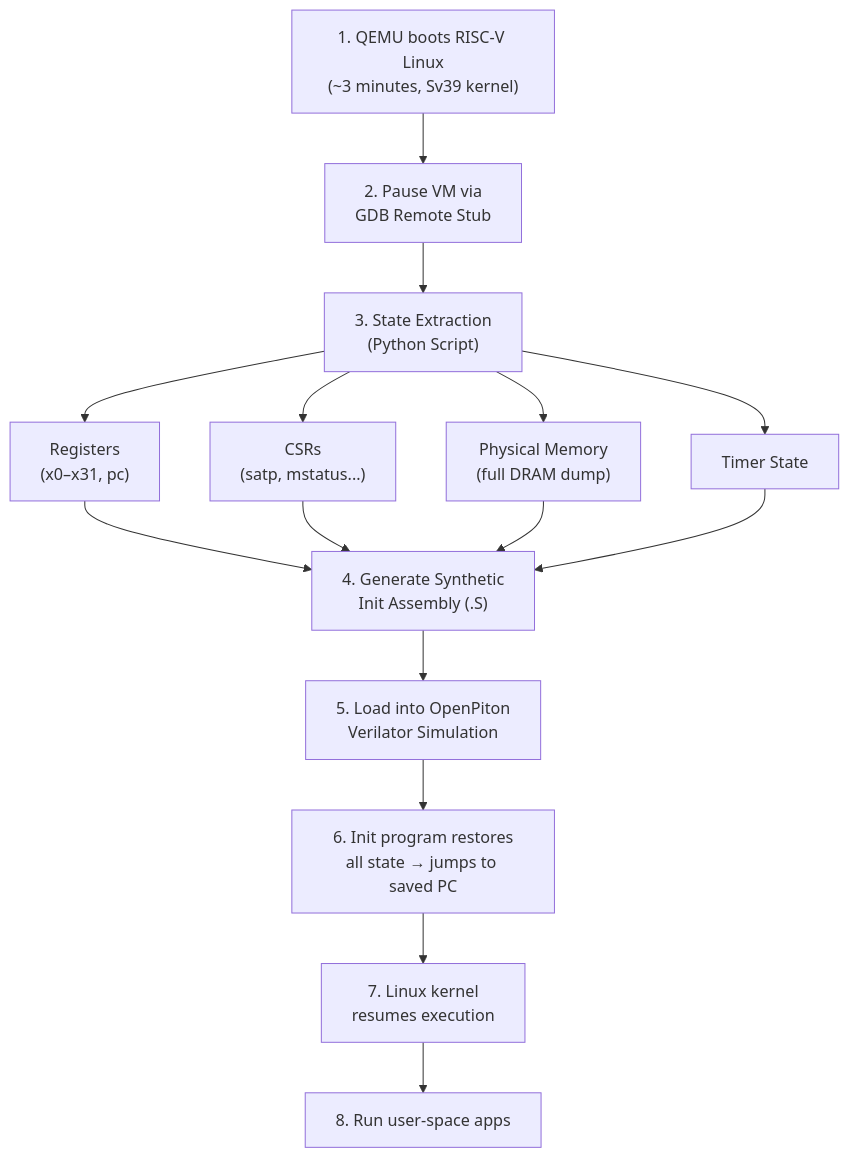
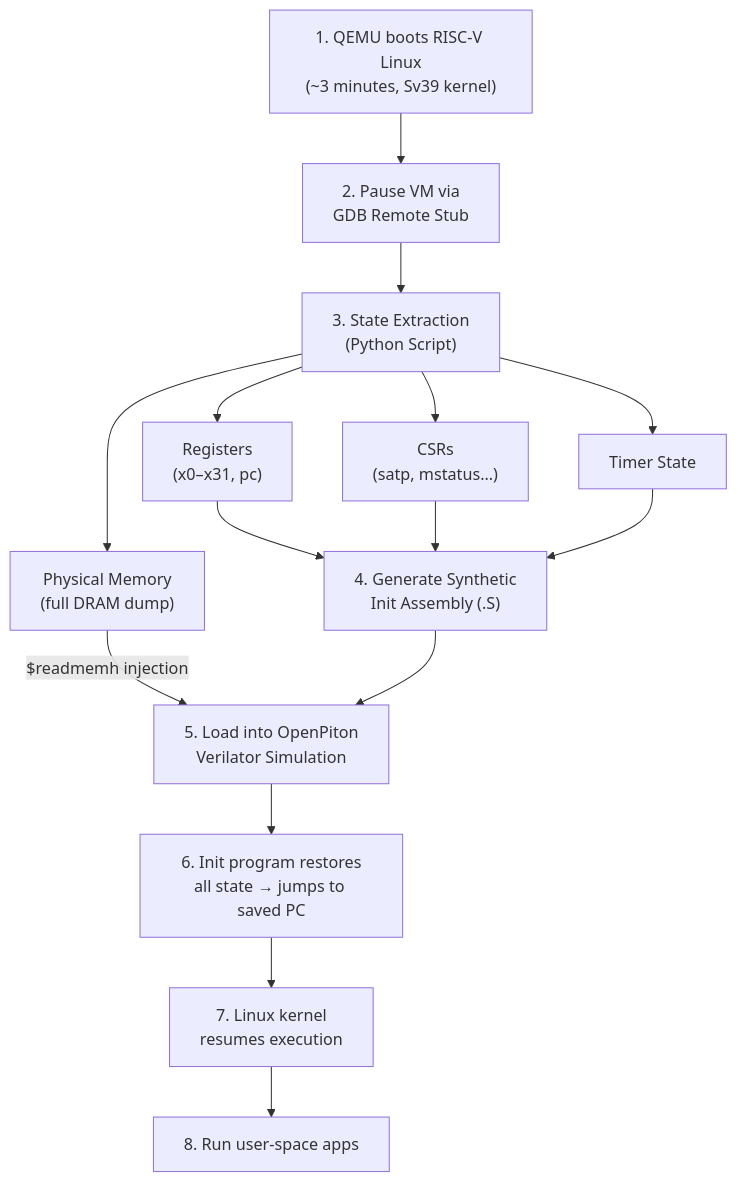
The fourth of 7 diagrams in docs/proposal_final.md (radheshyam2006/gsoc26-minimumlinuxboot), drawn with Mermaid before and after one commit. The commit also changed other lines of this file and 3 other files, not shown here.

````diff
--- a/docs/proposal_final.md
+++ b/docs/proposal_final.md
@@ -183,19 +180,20 @@
 ```mermaid
 flowchart TD
     A["1. QEMU boots RISC-V Linux<br/>(~3 minutes, Sv39 kernel)"] --> B["2. Pause VM via<br/>GDB Remote Stub"]
     B --> C["3. State Extraction<br/>(Python Script)"]
     C --> D["Registers<br/>(x0–x31, pc)"]
     C --> E["CSRs<br/>(satp, mstatus...)"]
     C --> F["Physical Memory<br/>(full DRAM dump)"]
     C --> G["Timer State"]
     
     D --> H["4. Generate Synthetic<br/>Init Assembly (.S)"]
     E --> H
-    F --> H
     G --> H
+    
+    F --> |"$readmemh injection"| I
     
     H --> I["5. Load into OpenPiton<br/>Verilator Simulation"]
     I --> J["6. Init program restores<br/>all state → jumps to saved PC"]
     J --> K["7. Linux kernel<br/>resumes execution"]
     K --> L["8. Run user-space apps"]
 ```
````
